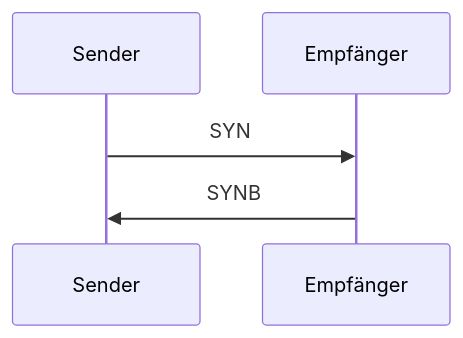
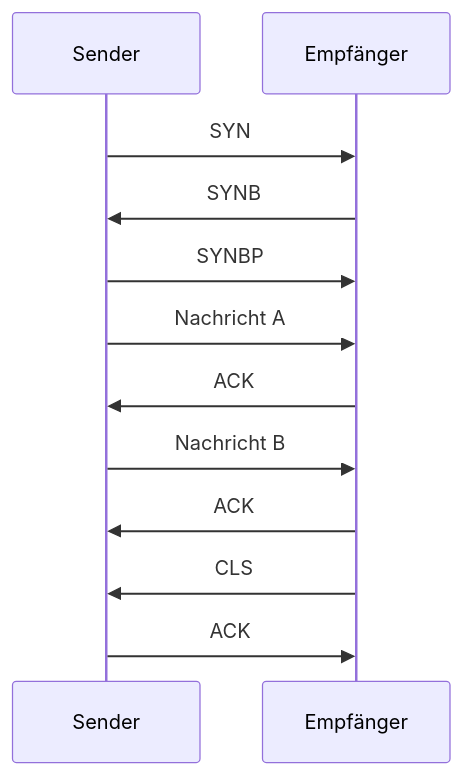
One commit to noluyorAbi/quartzDeployment changed the fifth of 6 diagrams in content/4.Semester/Informatik/RNVS/RNVS-Übungblätter/ÜB 04/RNVS-Blatt-04.md. Above: the diagram before and after it, drawn with Mermaid. The commit also changed other lines of this file and 2 other files, not shown here.

````diff
--- a/content/4.Semester/Informatik/RNVS/RNVS-Übungblätter/ÜB 04/RNVS-Blatt-04.md
+++ b/content/4.Semester/Informatik/RNVS/RNVS-Übungblätter/ÜB 04/RNVS-Blatt-04.md
@@ -153,8 +153,16 @@
 ```mermaid
 sequenceDiagram
-	participant S as Sender
-	participant E as Empfänger
+    participant S as Sender
+    participant E as Empfänger
 
-	S ->> E: SYN
-	E ->> S: SYNB
+    S ->> E: SYN
+    E ->> S: SYNB
+    S ->> E: SYNBP
+    S ->> E: Nachricht A
+    E ->> S: ACK
+    S ->> E: Nachricht B
+    E ->> S: ACK
+    E ->> S: CLS
+    S ->> E: ACK
+
 ```
````
